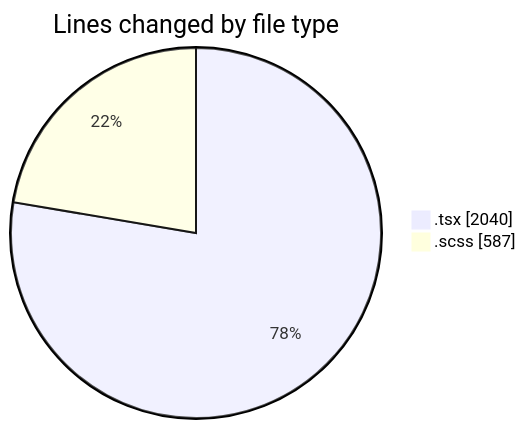
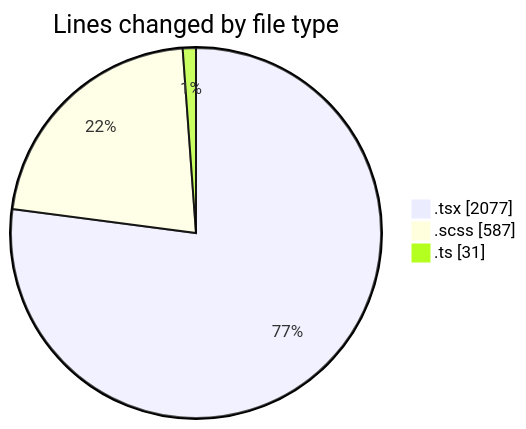
One commit to momahboobian/code-tracking changed the first of 2 diagrams in 2025-04-07/cda/README.md. Above: the diagram before and after it, drawn with Mermaid. The commit also changed other lines of this file and 1 other file, not shown here.

````diff
--- a/2025-04-07/cda/README.md
+++ b/2025-04-07/cda/README.md
@@ -27,6 +30,7 @@
 ```mermaid
 pie showData
 title Lines changed by file type
-".tsx" : 2040
+".tsx" : 2077
 ".scss" : 587
+".ts" : 31
 ```
````
